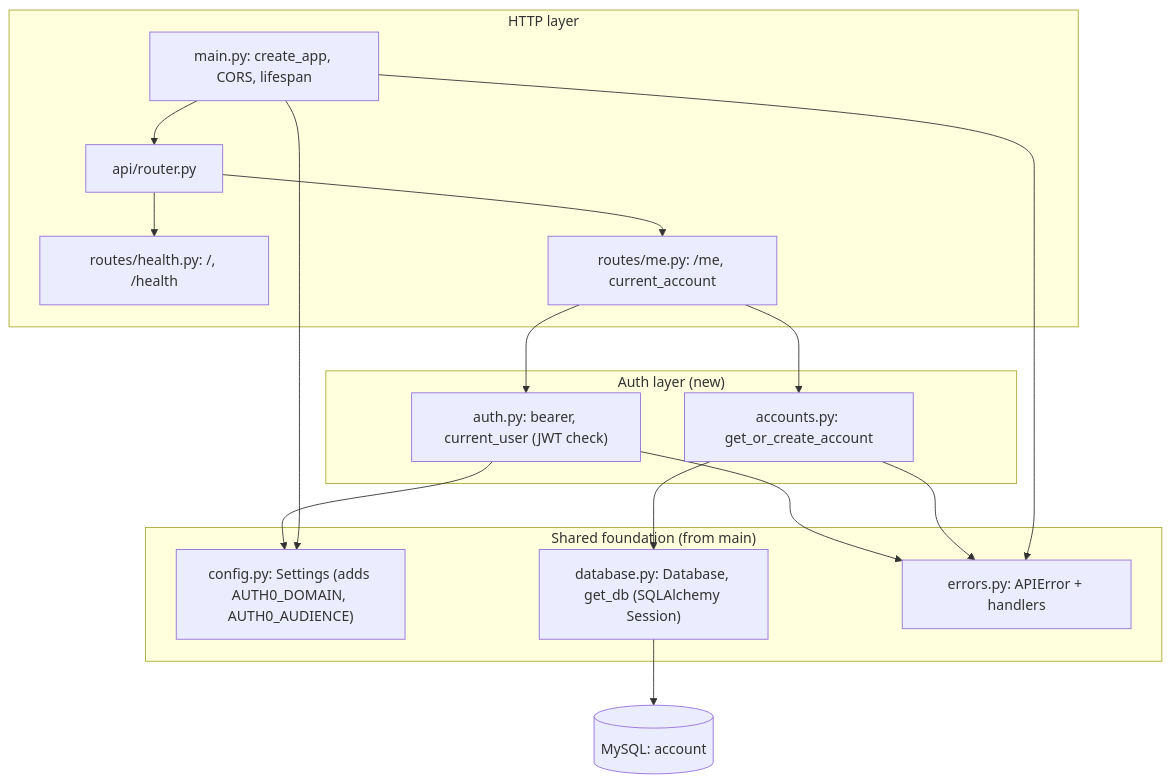
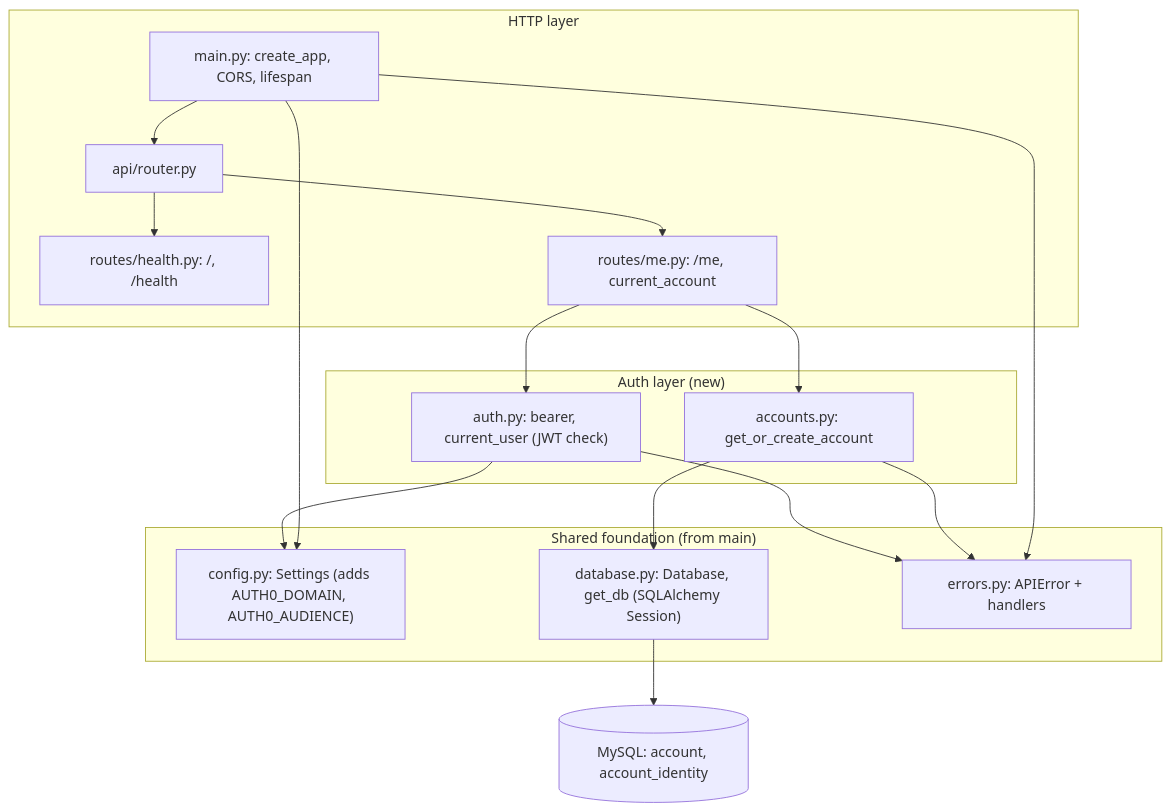
Before and after one commit to sudo-nickPinto/CS440-Quiz-Platform: the fourth of 4 diagrams in docs/AUTH.md, drawn with Mermaid. The commit also changed other lines of this file, not shown here.

````diff
--- a/docs/AUTH.md
+++ b/docs/AUTH.md
@@ -78,31 +78,31 @@
 ```mermaid
 flowchart TB
     subgraph HTTP["HTTP layer"]
         M["main.py: create_app, CORS, lifespan"]
         RT["api/router.py"]
         H["routes/health.py: /, /health"]
         ME["routes/me.py: /me, current_account"]
     end
     subgraph AUTH["Auth layer (new)"]
         AU["auth.py: bearer, current_user (JWT check)"]
         AC["accounts.py: get_or_create_account"]
     end
     subgraph CORE["Shared foundation (from main)"]
         CF["config.py: Settings (adds AUTH0_DOMAIN, AUTH0_AUDIENCE)"]
         DBL["database.py: Database, get_db (SQLAlchemy Session)"]
         ER["errors.py: APIError + handlers"]
     end
-    DBS[("MySQL: account")]
+    DBS[("MySQL: account, account_identity")]
 
     M --> RT --> H
     RT --> ME
     ME --> AU
     ME --> AC
     AU --> CF
     AU --> ER
     AC --> DBL
     AC --> ER
     DBL --> DBS
     M --> CF
     M --> ER
 ```
````
